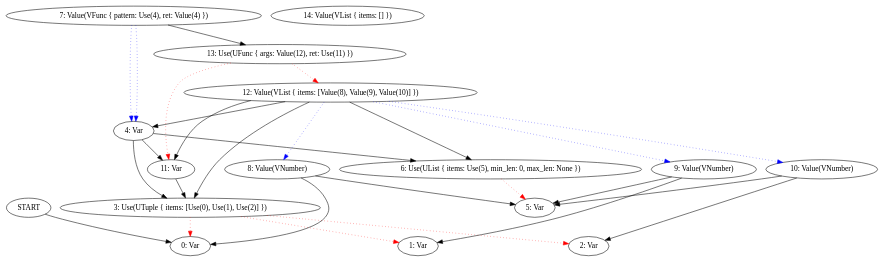
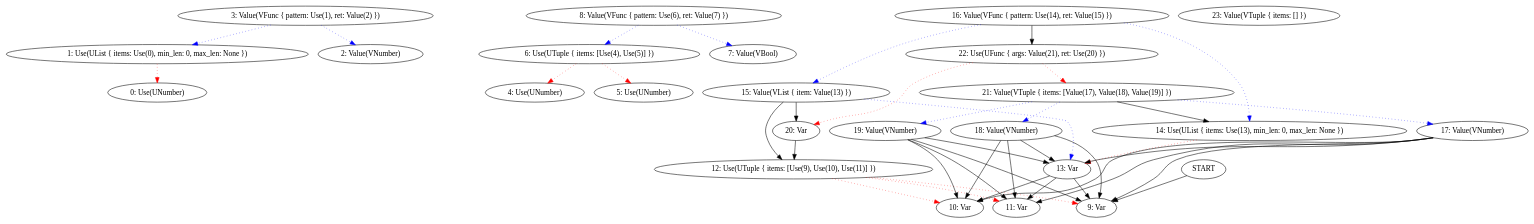
The second of 3 diagrams in docs/log/2025-06-21.md (frondeus/project-s), drawn with Graphviz before and after one commit. The commit also changed other lines of this file and 14 other files, not shown here.

````diff
--- a/docs/log/2025-06-21.md
+++ b/docs/log/2025-06-21.md
@@ -105,47 +105,69 @@
 ```graphviz
 digraph G {
-N0 [label="0: Var"];
-N1 [label="1: Var"];
-N2 [label="2: Var"];
-N3 [label="3: Use(UTuple { items: [Use(0), Use(1), Use(2)] })"];
-N4 [label="4: Var"];
-N5 [label="5: Var"];
-N6 [label="6: Use(UList { items: Use(5), min_len: 0, max_len: None })"];
-N7 [label="7: Value(VFunc { pattern: Use(4), ret: Value(4) })"];
-N8 [label="8: Value(VNumber)"];
-N9 [label="9: Value(VNumber)"];
-N10 [label="10: Value(VNumber)"];
+N0 [label="0: Use(UNumber)"];
+N1 [label="1: Use(UList { items: Use(0), min_len: 0, max_len: None })"];
+N2 [label="2: Value(VNumber)"];
+N3 [label="3: Value(VFunc { pattern: Use(1), ret: Value(2) })"];
+N4 [label="4: Use(UNumber)"];
+N5 [label="5: Use(UNumber)"];
+N6 [label="6: Use(UTuple { items: [Use(4), Use(5)] })"];
+N7 [label="7: Value(VBool)"];
+N8 [label="8: Value(VFunc { pattern: Use(6), ret: Value(7) })"];
+N9 [label="9: Var"];
+N10 [label="10: Var"];
 N11 [label="11: Var"];
-N12 [label="12: Value(VList { items: [Value(8), Value(9), Value(10)] })"];
-N13 [label="13: Use(UFunc { args: Value(12), ret: Use(11) })"];
-N14 [label="14: Value(VList { items: [] })"];
-START -> N0
-N3 -> N0 [color=red, style=dotted];
-N3 -> N1 [color=red, style=dotted];
-N3 -> N2 [color=red, style=dotted];
+N12 [label="12: Use(UTuple { items: [Use(9), Use(10), Use(11)] })"];
+N13 [label="13: Var"];
+N14 [label="14: Use(UList { items: Use(13), min_len: 0, max_len: None })"];
+N15 [label="15: Value(VList { item: Value(13) })"];
+N16 [label="16: Value(VFunc { pattern: Use(14), ret: Value(15) })"];
+N17 [label="17: Value(VNumber)"];
+N18 [label="18: Value(VNumber)"];
+N19 [label="19: Value(VNumber)"];
+N20 [label="20: Var"];
+N21 [label="21: Value(VTuple { items: [Value(17), Value(18), Value(19)] })"];
+N22 [label="22: Use(UFunc { args: Value(21), ret: Use(20) })"];
+N23 [label="23: Value(VTuple { items: [] })"];
+START -> N9
+N1 -> N0 [color=red, style=dotted];
+N3 -> N1 [color=blue, style=dotted];
+N3 -> N2 [color=blue, style=dotted];
+N6 -> N4 [color=red, style=dotted];
 N6 -> N5 [color=red, style=dotted];
-N7 -> N4 [color=blue, style=dotted];
-N7 -> N4 [color=blue, style=dotted];
-N12 -> N8 [color=blue, style=dotted];
-N12 -> N9 [color=blue, style=dotted];
-N12 -> N10 [color=blue, style=dotted];
-N13 -> N12 [color=red, style=dotted];
-N13 -> N11 [color=red, style=dotted];
-N4 -> N6;
-N4 -> N11;
-N4 -> N3;
-N7 -> N13;
-N8 -> N5;
-N8 -> N0;
-N9 -> N5;
-N9 -> N1;
-N10 -> N5;
-N10 -> N2;
-N11 -> N3;
-N12 -> N4;
-N12 -> N11;
-N12 -> N6;
-N12 -> N3;
+N8 -> N6 [color=blue, style=dotted];
+N8 -> N7 [color=blue, style=dotted];
+N12 -> N9 [color=red, style=dotted];
+N12 -> N10 [color=red, style=dotted];
+N12 -> N11 [color=red, style=dotted];
+N14 -> N13 [color=red, style=dotted];
+N15 -> N13 [color=blue, style=dotted];
+N16 -> N14 [color=blue, style=dotted];
+N16 -> N15 [color=blue, style=dotted];
+N21 -> N17 [color=blue, style=dotted];
+N21 -> N18 [color=blue, style=dotted];
+N21 -> N19 [color=blue, style=dotted];
+N22 -> N21 [color=red, style=dotted];
+N22 -> N20 [color=red, style=dotted];
+N13 -> N11;
+N13 -> N10;
+N13 -> N9;
+N15 -> N20;
+N15 -> N12;
+N16 -> N22;
+N17 -> N13;
+N17 -> N11;
+N17 -> N10;
+N17 -> N9;
+N18 -> N13;
+N18 -> N11;
+N18 -> N10;
+N18 -> N9;
+N19 -> N13;
+N19 -> N11;
+N19 -> N10;
+N19 -> N9;
+N20 -> N12;
+N21 -> N14;
 }
 
 ```
````
